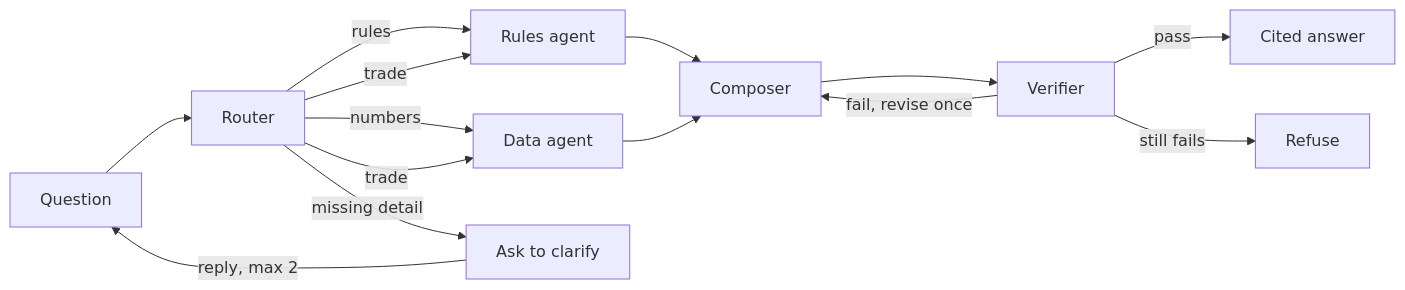
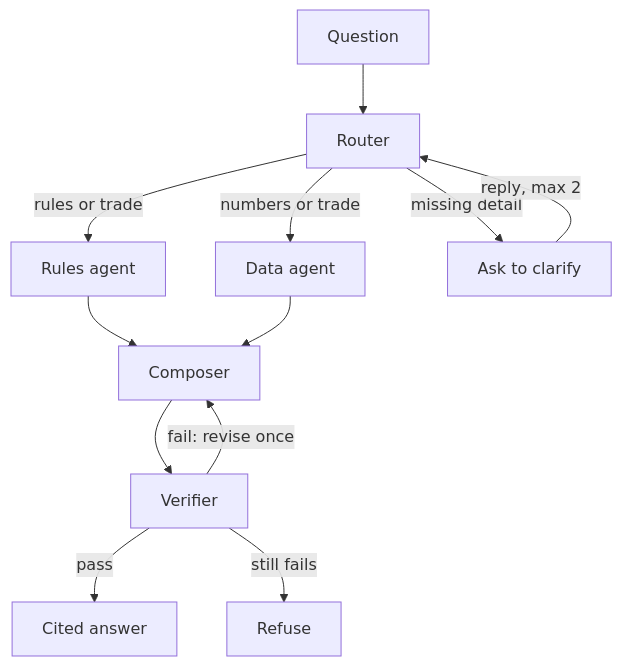
One commit to Pabz-10/nba-cap-advisor changed the diagram in README.md. Above: the diagram before and after it, drawn with Mermaid. The commit also changed other lines of this file and 3 other files, not shown here.

Commit message:
Remove docs from repo, fix README diagram layout

````diff
--- a/README.md
+++ b/README.md
@@ -13,15 +13,14 @@
 ```mermaid
-flowchart LR
+flowchart TD
     Q[Question] --> R[Router]
-    R -->|rules| RA[Rules agent]
-    R -->|numbers| DA[Data agent]
-    R -->|trade| RA & DA
+    R -->|rules or trade| RA[Rules agent]
+    R -->|numbers or trade| DA[Data agent]
     R -->|missing detail| C[Ask to clarify]
-    C -->|reply, max 2| Q
+    C -->|reply, max 2| R
     RA --> CO[Composer]
     DA --> CO
     CO --> V[Verifier]
     V -->|pass| A[Cited answer]
-    V -->|fail, revise once| CO
+    V -->|fail: revise once| CO
     V -->|still fails| X[Refuse]
 ```
````
